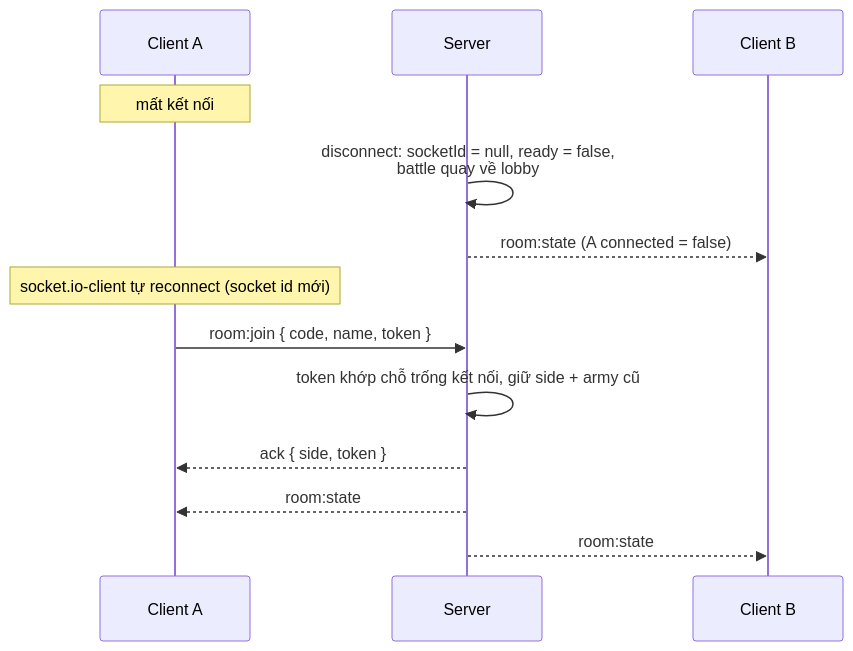
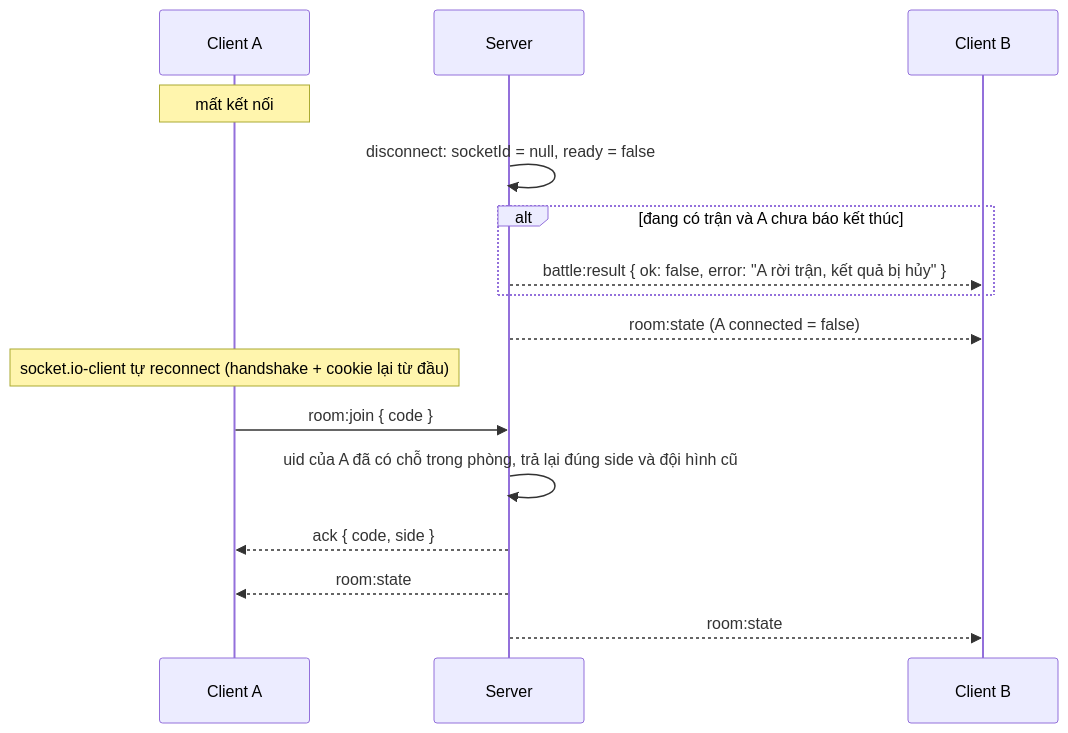
The sixth of 10 diagrams in docs/ARCHITECTURE.md (lualua0909/simulator-battle-webgame), drawn with Mermaid before and after one commit. The commit also changed other lines of this file and 11 other files, not shown here.

````diff
--- a/docs/ARCHITECTURE.md
+++ b/docs/ARCHITECTURE.md
@@ -277,16 +293,19 @@
 ```mermaid
 sequenceDiagram
   participant A as Client A
   participant S as Server
   participant B as Client B
 
   Note over A: mất kết nối
-  S->>S: disconnect: socketId = null, ready = false,<br/>battle quay về lobby
+  S->>S: disconnect: socketId = null, ready = false
+  alt đang có trận và A chưa báo kết thúc
+    S-->>B: battle:result { ok: false, error: "A rời trận, kết quả bị hủy" }
+  end
   S-->>B: room:state (A connected = false)
-  Note over A: socket.io-client tự reconnect (socket id mới)
-  A->>S: room:join { code, name, token }
-  S->>S: token khớp chỗ trống kết nối, giữ side + army cũ
-  S-->>A: ack { side, token }
+  Note over A: socket.io-client tự reconnect (handshake + cookie lại từ đầu)
+  A->>S: room:join { code }
+  S->>S: uid của A đã có chỗ trong phòng, trả lại đúng side và đội hình cũ
+  S-->>A: ack { code, side }
   S-->>A: room:state
   S-->>B: room:state
 ```
````
